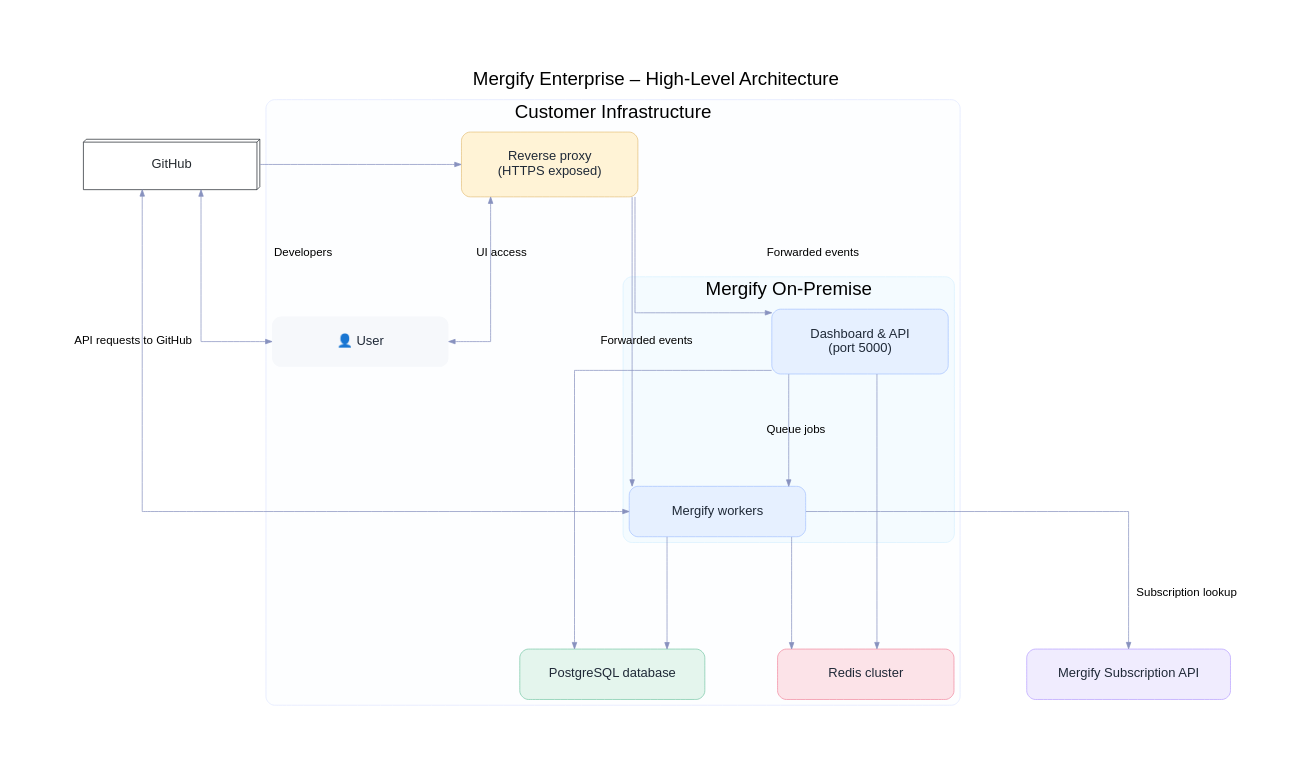
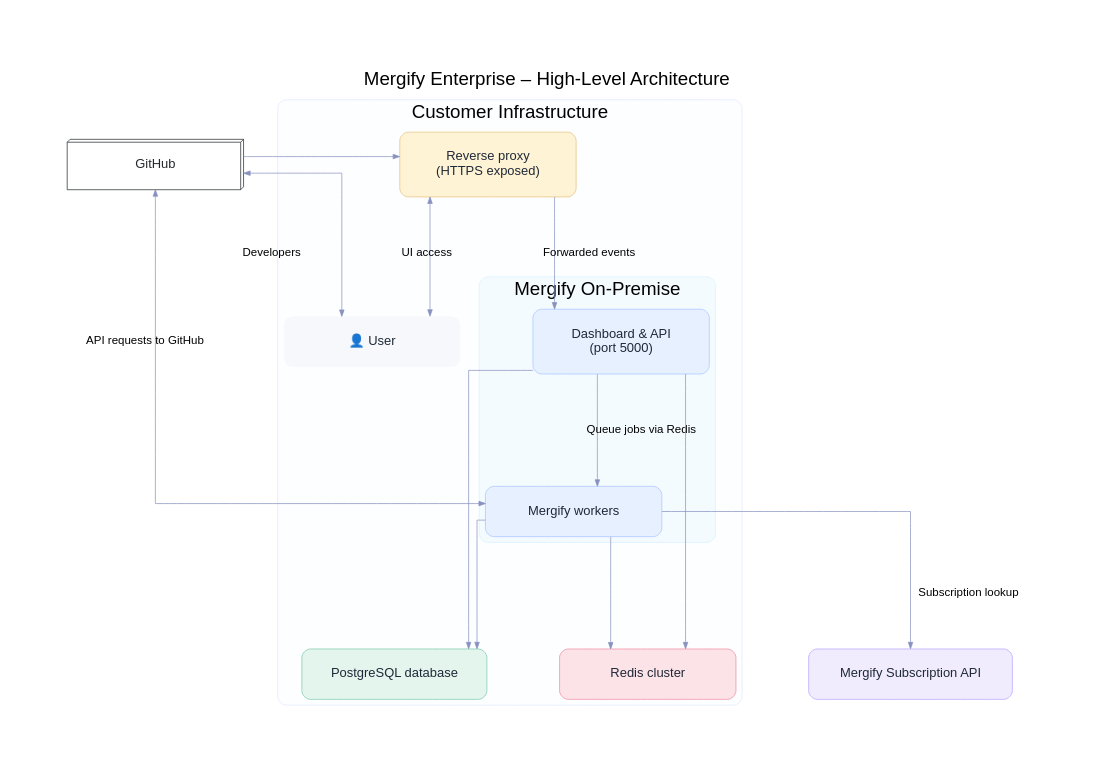
One commit to Mergifyio/docs changed the diagram in src/content/docs/enterprise/architecture.mdx. Above: the diagram before and after it, drawn with Graphviz. The commit also changed other lines of this file and 4 other files, not shown here.

````diff
--- a/src/content/docs/enterprise/architecture.mdx
+++ b/src/content/docs/enterprise/architecture.mdx
@@ -29,51 +29,50 @@
   ```dot class="graph"
   digraph Architecture {
     rankdir=TB;
     graph [label="Mergify Enterprise – High-Level Architecture", labelloc=t, fontsize=26, pad=1.2, nodesep=1.4, ranksep=1.9, splines=ortho, fontname="Helvetica"];
     node [shape=box, style="rounded,filled", fontname="Helvetica", fontsize=18, fillcolor="#F6F8FB", color="#C6D4F3", fontcolor="#1F2937", margin="0.45,0.35", width=3.4];
 
     edge [color="#8892BF", arrowsize=0.9, fontsize=16, fontname="Helvetica"];
 
     subgraph cluster_customer {
       label="Customer Infrastructure";
       style="rounded,filled";
       color="#E1E8FF";
       fillcolor="#FDFEFF";
 
       User [shape=plaintext label="👤 User", fontname="Helvetica", fontsize=18];
       ReverseProxy [label="Reverse proxy\n(HTTPS exposed)", fillcolor="#FFF3D6", color="#E5C17C"];
 
       subgraph cluster_onprem {
         label="Mergify On-Premise";
         style="rounded,filled";
         color="#D8F1FF";
         fillcolor="#F4FBFF";
 
         Dashboard [label="Dashboard & API\n(port 5000)", fillcolor="#E6F0FF", color="#A7C4FF"];
         Workers [label="Mergify workers", fillcolor="#E6F0FF", color="#A7C4FF"];
       }
 
       PostgreSQL [label="PostgreSQL database", fillcolor="#E4F5ED", color="#7BC9A9"];
       Redis [label="Redis cluster", fillcolor="#FCE3E8", color="#F18AA0"];
     }
 
     GitHub [shape=box3d label="GitHub", color="#24292E", fontcolor="#24292E", style=filled, fillcolor="#FFFFFF", fontsize=18];
     Subscription [label="Mergify Subscription API", fillcolor="#F0ECFE", color="#B9A0FF", fontsize=18];
 
     GitHub -> ReverseProxy [label="GitHub events"];
     ReverseProxy -> Dashboard [label="Forwarded events"];
-    ReverseProxy -> Workers [label="Forwarded events"];
-    Dashboard -> Workers [label="Queue jobs"];
+    Dashboard -> Workers [label="Queue jobs via Redis"];
 
     Dashboard -> PostgreSQL;
     Dashboard -> Redis;
     Workers -> PostgreSQL;
     Workers -> Redis;
 
     Workers -> GitHub [label="API requests to GitHub", dir=both];
     ReverseProxy -> User [dir=both label="UI access"];
     GitHub -> User [label="Developers", dir=both];
 
     Workers -> Subscription [label="Subscription lookup"];
   }
   ```
````
